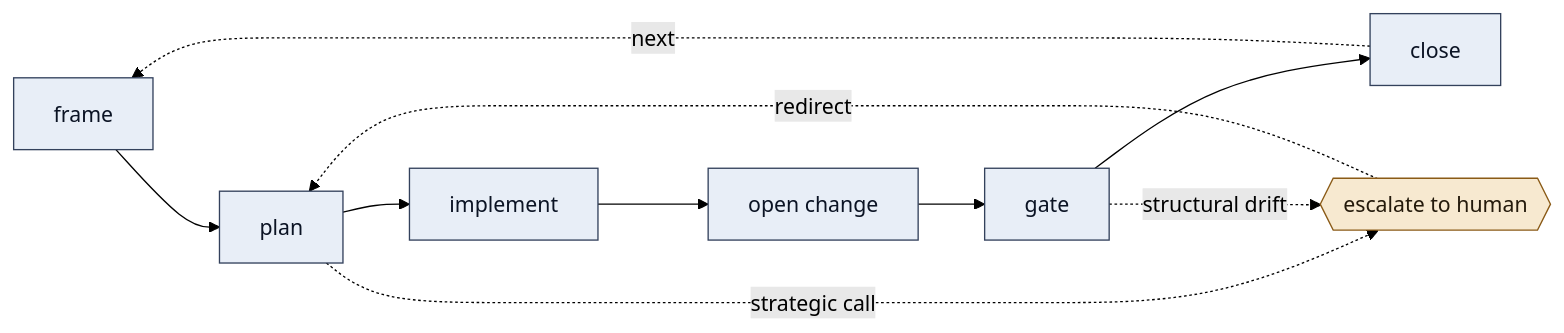
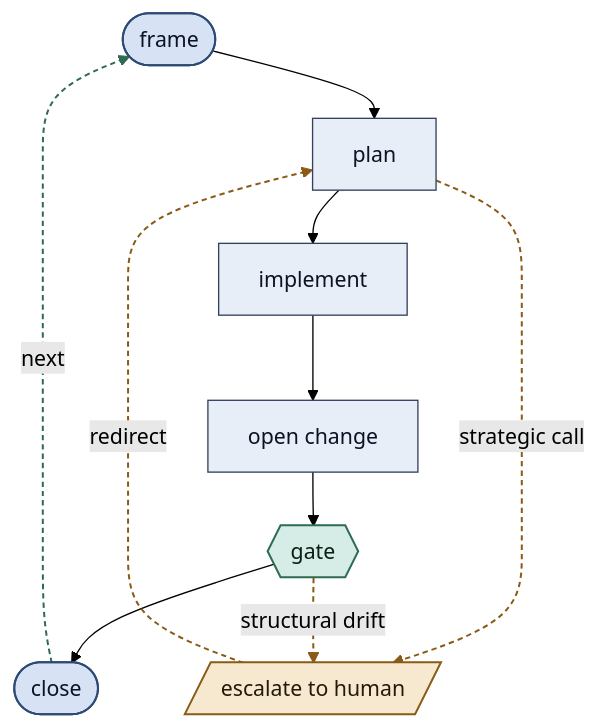
The first of 2 diagrams in README.md (innovestrum/keelson), drawn with Mermaid (forest theme) before and after one commit. The commit also changed other lines of this file, not shown here.

First line of the commit message:
docs(readme): vertical diagrams + richer palette

````diff
--- a/README.md
+++ b/README.md
@@ -9,12 +9,19 @@
 ```mermaid
-flowchart LR
-  F[frame] --> P[plan] --> I[implement] --> O[open change] --> G[gate] --> C[close]
+%%{init: {"flowchart": {"diagramPadding": 22, "nodeSpacing": 42, "rankSpacing": 40}}}%%
+flowchart TD
+  F([frame]) --> P[plan] --> I[implement] --> O[open change] --> G{{gate}} --> C([close])
   C -. next .-> F
-  P -. strategic call .-> H{{escalate to human}}
+  P -. strategic call .-> H[/escalate to human/]
   G -. structural drift .-> H
   H -. redirect .-> P
-  classDef loop fill:#e8eef7,stroke:#33415c,color:#0b1324;
-  classDef human fill:#f7e9d0,stroke:#8a5a16,color:#241a0b;
-  class F,P,I,O,G,C loop;
+  classDef step fill:#e8eef7,stroke:#33415c,color:#0b1324,stroke-width:1px;
+  classDef terminal fill:#d7e3f4,stroke:#2c4a73,color:#0b1324,stroke-width:1.5px;
+  classDef gate fill:#d6ece6,stroke:#2f6b53,color:#0b1f16,stroke-width:1.5px;
+  classDef human fill:#f7e9d0,stroke:#8a5a16,color:#241a0b,stroke-width:1.5px;
+  class P,I,O step;
+  class F,C terminal;
+  class G gate;
   class H human;
+  linkStyle 5 stroke:#2f6b53,stroke-width:1.5px,stroke-dasharray:4 3;
+  linkStyle 6,7,8 stroke:#8a5a16,stroke-width:1.5px,stroke-dasharray:4 3;
 ```
````
